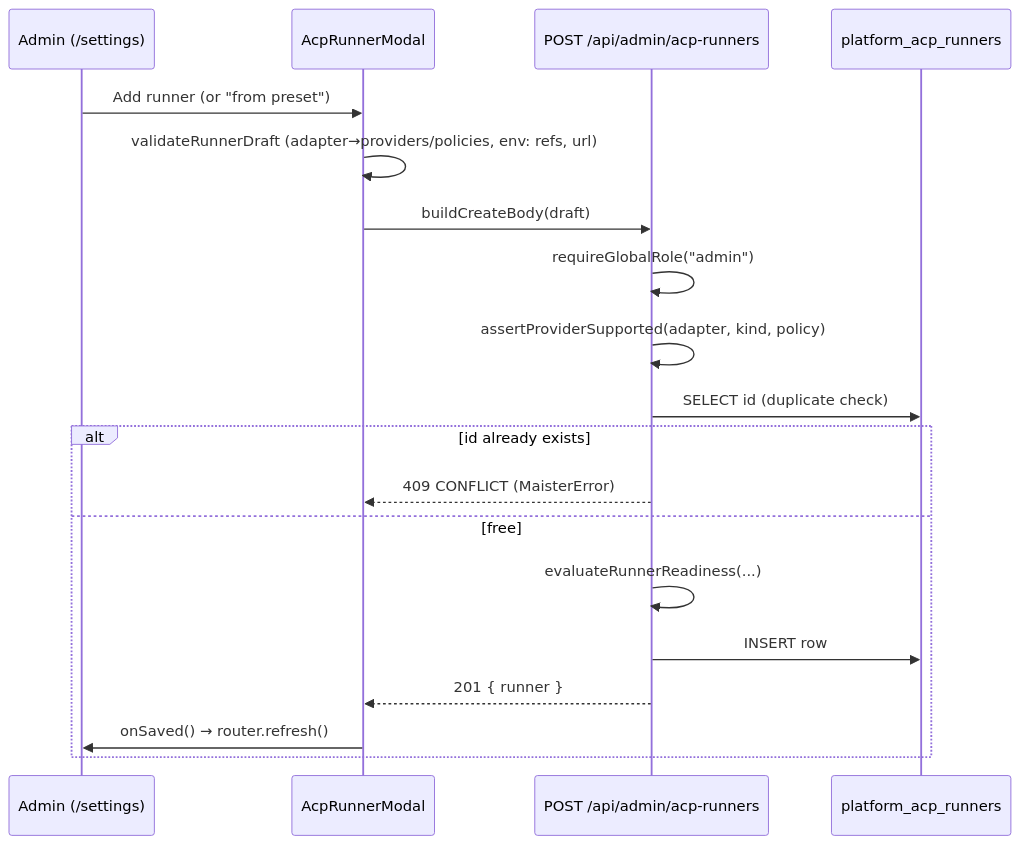
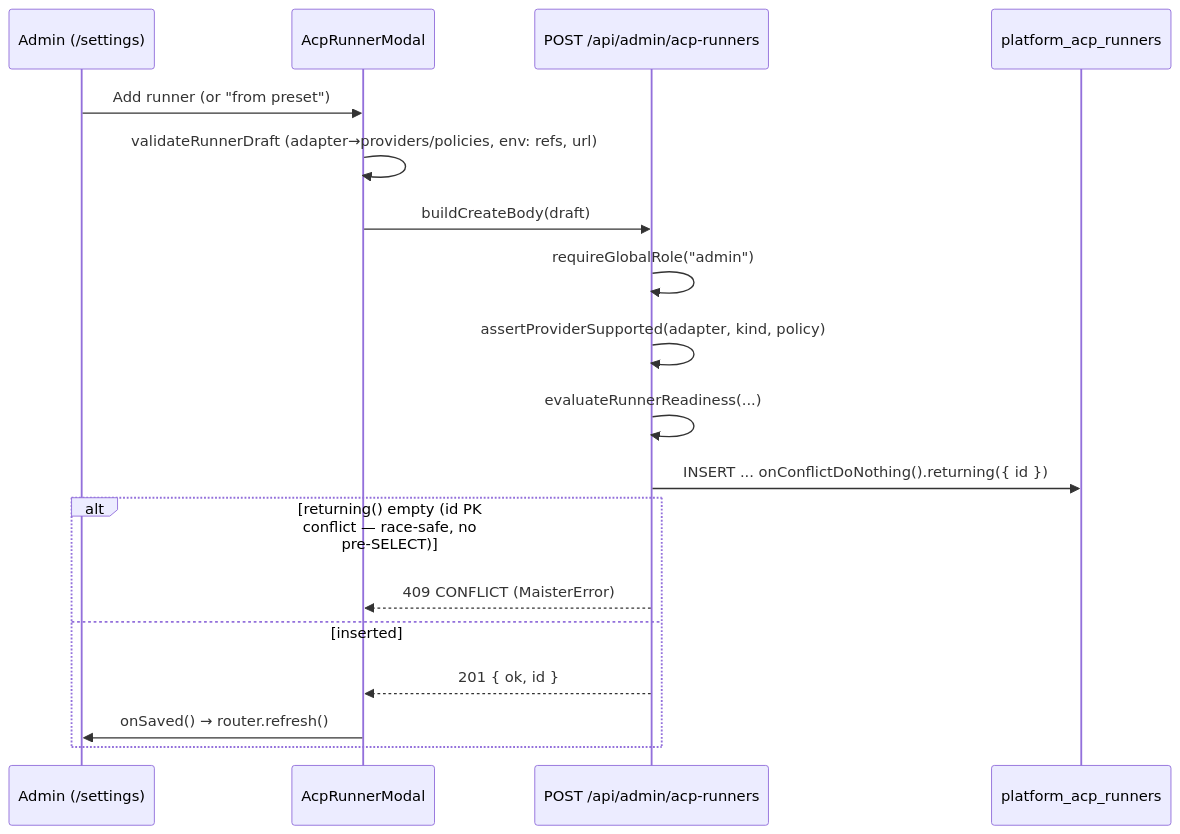
One commit to maister-dev/maister changed the second of 3 diagrams in docs/system-analytics/acp-runners.md. Above: the diagram before and after it, drawn with Mermaid. The commit also changed other lines of this file and 46 other files, not shown here.

````diff
--- a/docs/system-analytics/acp-runners.md
+++ b/docs/system-analytics/acp-runners.md
@@ -68,21 +68,20 @@
 ```mermaid
 sequenceDiagram
     participant A as Admin (/settings)
     participant M as AcpRunnerModal
     participant R as POST /api/admin/acp-runners
     participant DB as platform_acp_runners
     A->>M: Add runner (or "from preset")
     M->>M: validateRunnerDraft (adapter→providers/policies, env: refs, url)
     M->>R: buildCreateBody(draft)
     R->>R: requireGlobalRole("admin")
     R->>R: assertProviderSupported(adapter, kind, policy)
-    R->>DB: SELECT id (duplicate check)
-    alt id already exists
+    R->>R: evaluateRunnerReadiness(...)
+    R->>DB: INSERT ... onConflictDoNothing().returning({ id })
+    alt returning() empty (id PK conflict — race-safe, no pre-SELECT)
         R-->>M: 409 CONFLICT (MaisterError)
-    else free
-        R->>R: evaluateRunnerReadiness(...)
-        R->>DB: INSERT row
-        R-->>M: 201 { runner }
+    else inserted
+        R-->>M: 201 { ok, id }
         M->>A: onSaved() → router.refresh()
     end
 ```
````
